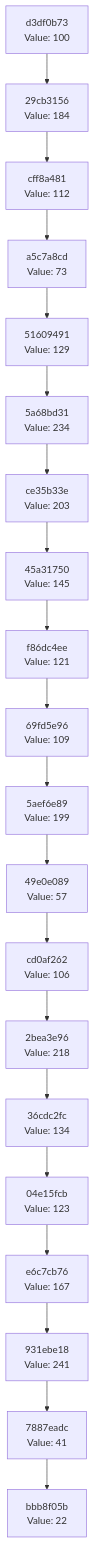
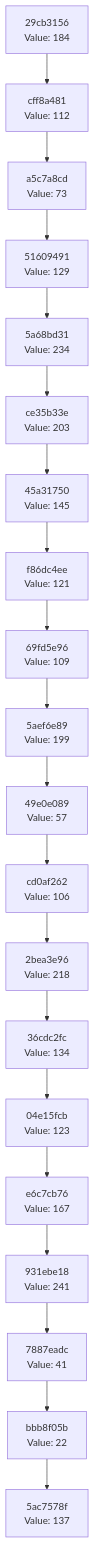
One commit to Abhisheksinha1506/hash-chain-evolver changed the diagram in docs/CHAIN_VISUALIZATION.md. Above: the diagram before and after it, drawn with Mermaid. The commit also changed 2 other files, not shown here.

Commit message:
Evolution Step

````diff
--- a/docs/CHAIN_VISUALIZATION.md
+++ b/docs/CHAIN_VISUALIZATION.md
@@ -3,42 +3,42 @@
 ```mermaid
 graph TD
-    C0["bbb8f05b<br/>Value: 22"]
-    C1["7887eadc<br/>Value: 41"]
+    C0["5ac7578f<br/>Value: 137"]
+    C1["bbb8f05b<br/>Value: 22"]
     C1 --> C0
-    C2["931ebe18<br/>Value: 241"]
+    C2["7887eadc<br/>Value: 41"]
     C2 --> C1
-    C3["e6c7cb76<br/>Value: 167"]
+    C3["931ebe18<br/>Value: 241"]
     C3 --> C2
-    C4["04e15fcb<br/>Value: 123"]
+    C4["e6c7cb76<br/>Value: 167"]
     C4 --> C3
-    C5["36cdc2fc<br/>Value: 134"]
+    C5["04e15fcb<br/>Value: 123"]
     C5 --> C4
-    C6["2bea3e96<br/>Value: 218"]
+    C6["36cdc2fc<br/>Value: 134"]
     C6 --> C5
-    C7["cd0af262<br/>Value: 106"]
+    C7["2bea3e96<br/>Value: 218"]
     C7 --> C6
-    C8["49e0e089<br/>Value: 57"]
+    C8["cd0af262<br/>Value: 106"]
     C8 --> C7
-    C9["5aef6e89<br/>Value: 199"]
+    C9["49e0e089<br/>Value: 57"]
     C9 --> C8
-    C10["69fd5e96<br/>Value: 109"]
+    C10["5aef6e89<br/>Value: 199"]
     C10 --> C9
-    C11["f86dc4ee<br/>Value: 121"]
+    C11["69fd5e96<br/>Value: 109"]
     C11 --> C10
-    C12["45a31750<br/>Value: 145"]
+    C12["f86dc4ee<br/>Value: 121"]
     C12 --> C11
-    C13["ce35b33e<br/>Value: 203"]
+    C13["45a31750<br/>Value: 145"]
     C13 --> C12
-    C14["5a68bd31<br/>Value: 234"]
+    C14["ce35b33e<br/>Value: 203"]
     C14 --> C13
-    C15["51609491<br/>Value: 129"]
+    C15["5a68bd31<br/>Value: 234"]
     C15 --> C14
-    C16["a5c7a8cd<br/>Value: 73"]
+    C16["51609491<br/>Value: 129"]
     C16 --> C15
-    C17["cff8a481<br/>Value: 112"]
+    C17["a5c7a8cd<br/>Value: 73"]
     C17 --> C16
-    C18["29cb3156<br/>Value: 184"]
+    C18["cff8a481<br/>Value: 112"]
     C18 --> C17
-    C19["d3df0b73<br/>Value: 100"]
+    C19["29cb3156<br/>Value: 184"]
     C19 --> C18
 ```
````
